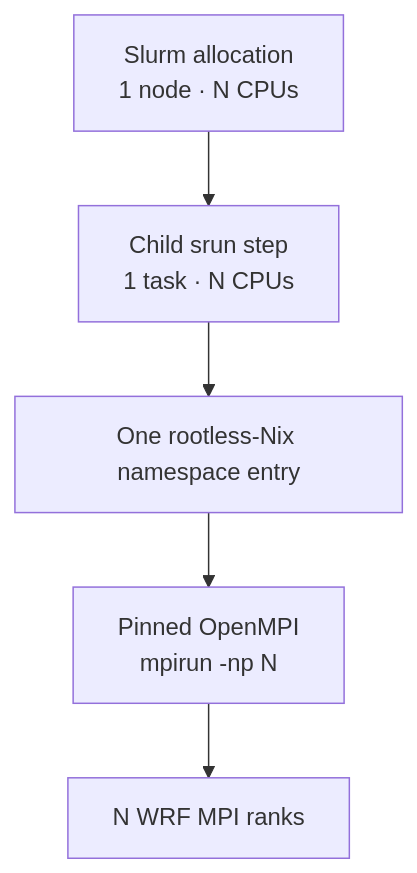
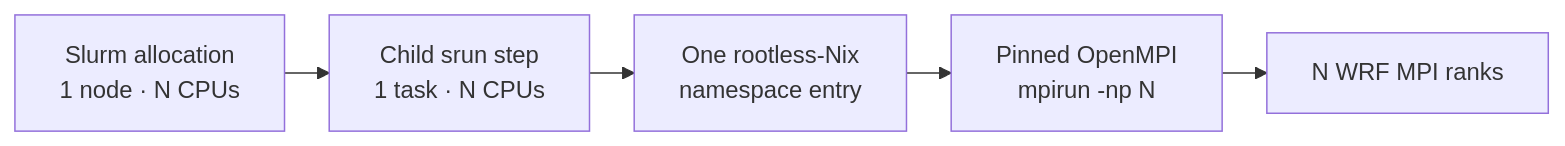
Before and after one commit to YONGHUNI/wrfkit: the diagram in docs/validation.md, drawn with Mermaid. The commit also changed 3 other files, not shown here.

Commit message:
docs: compact single-node Mermaid layouts

````diff
--- a/docs/validation.md
+++ b/docs/validation.md
@@ -30,10 +30,11 @@
 ```mermaid
-flowchart TB
+%%{init: {"flowchart": {"nodeSpacing": 20, "rankSpacing": 30}}}%%
+flowchart LR
     A["Slurm allocation<br/>1 node · N CPUs"]
     B["Child srun step<br/>1 task · N CPUs"]
-    C["One rootless-Nix namespace entry"]
+    C["One rootless-Nix<br/>namespace entry"]
     D["Pinned OpenMPI<br/>mpirun -np N"]
     E["N WRF MPI ranks"]
 
     A --> B --> C --> D --> E
 ```
````
